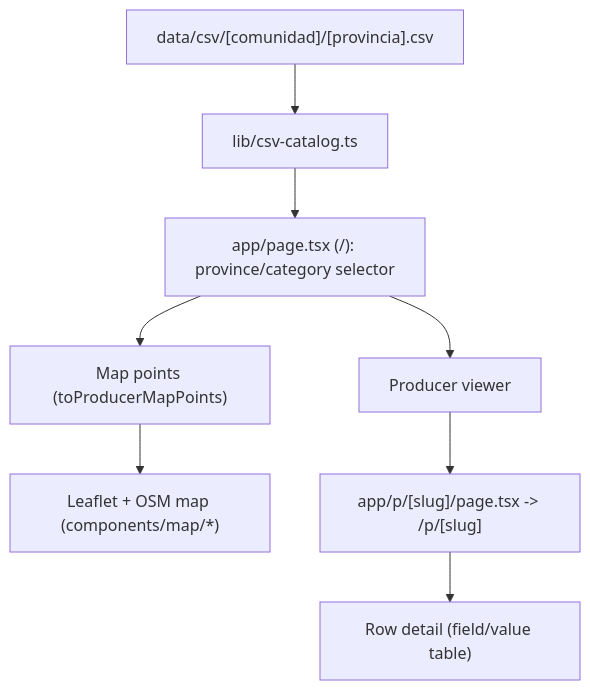
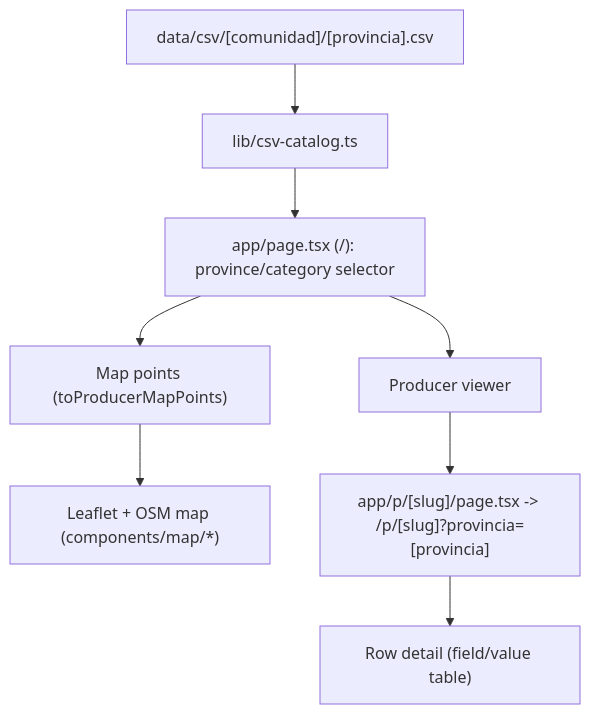
One commit to Lyzanor/chisan changed the diagram in docs/ARCHITECTURE.md. Above: the diagram before and after it, drawn with Mermaid. The commit also changed other lines of this file and 12 other files, not shown here.

````diff
--- a/docs/ARCHITECTURE.md
+++ b/docs/ARCHITECTURE.md
@@ -7,10 +7,10 @@
 ```mermaid
 flowchart TD
   A["data/csv/[comunidad]/[provincia].csv"] --> B["lib/csv-catalog.ts"]
   B --> C["app/page.tsx (/): province/category selector"]
   C --> D["Producer viewer"]
   C --> E["Map points (toProducerMapPoints)"]
   E --> F["Leaflet + OSM map (components/map/*)"]
-  D --> G["app/p/[slug]/page.tsx -> /p/[slug]"]
+  D --> G["app/p/[slug]/page.tsx -> /p/[slug]?provincia=[provincia]"]
   G --> H["Row detail (field/value table)"]
 ```
````
